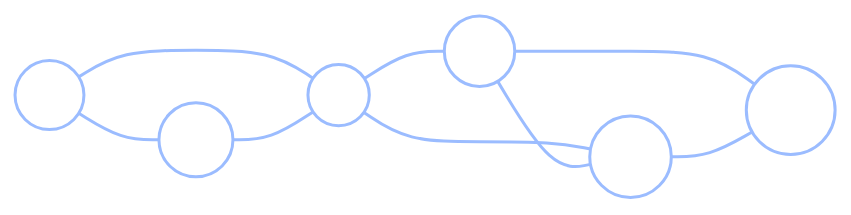
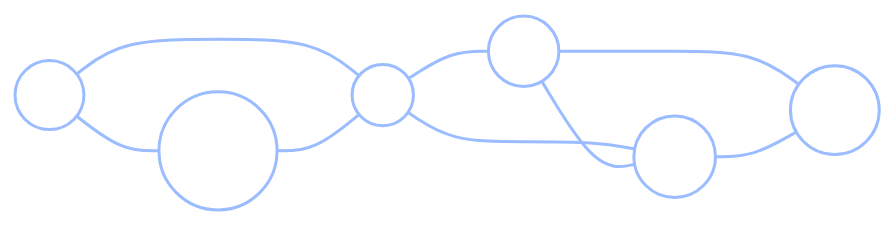
The first of 2 diagrams in content/intro2/14_random_walks_networks.md (josephausterweil/probintro), drawn with Mermaid before and after one commit. The commit also changed other lines of this file and 1 other file, not shown here.

First line of the commit message:
Ch 14: replace Wolf with Hamster in the pets cluster

````diff
--- a/content/intro2/14_random_walks_networks.md
+++ b/content/intro2/14_random_walks_networks.md
@@ -58,14 +58,14 @@
 ```mermaid
 graph LR
-    Dog((Dog)) --- Wolf((Wolf))
+    Dog((Dog)) --- Hamster((Hamster))
     Dog --- Cat((Cat))
-    Wolf --- Cat
+    Hamster --- Cat
     Cat --- Lion((Lion))
     Cat --- Tiger((Tiger))
     Lion --- Tiger
     Lion --- Zebra((Zebra))
     Tiger --- Zebra
     classDef node fill:none,stroke:#9bbcff,stroke-width:2px,color:#fff
-    class Dog,Wolf,Cat,Lion,Tiger,Zebra node
+    class Dog,Hamster,Cat,Lion,Tiger,Zebra node
     linkStyle default stroke:#9bbcff,stroke-width:2px,color:#fff
 ```
````
